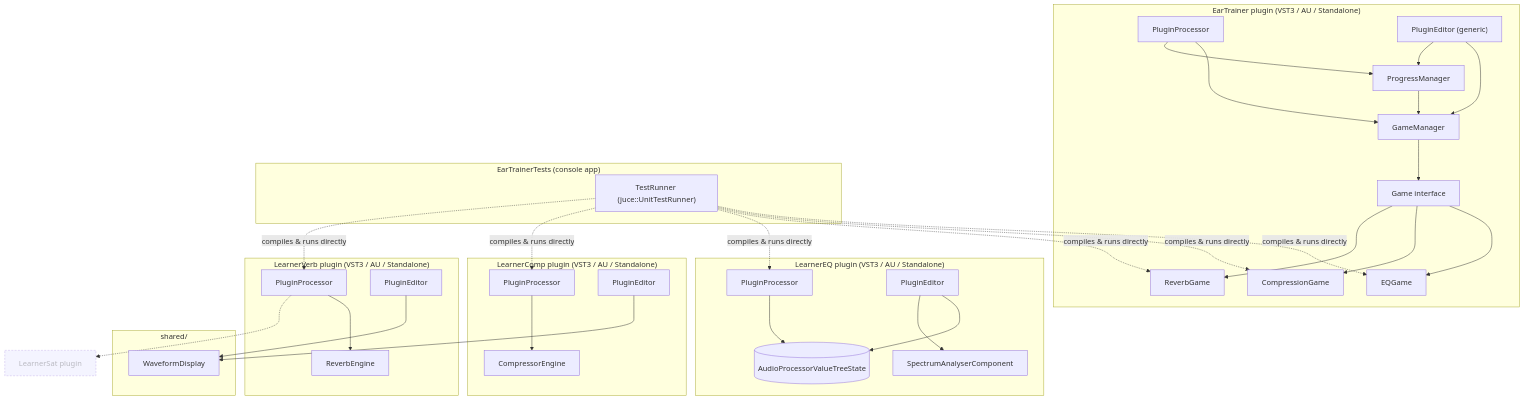
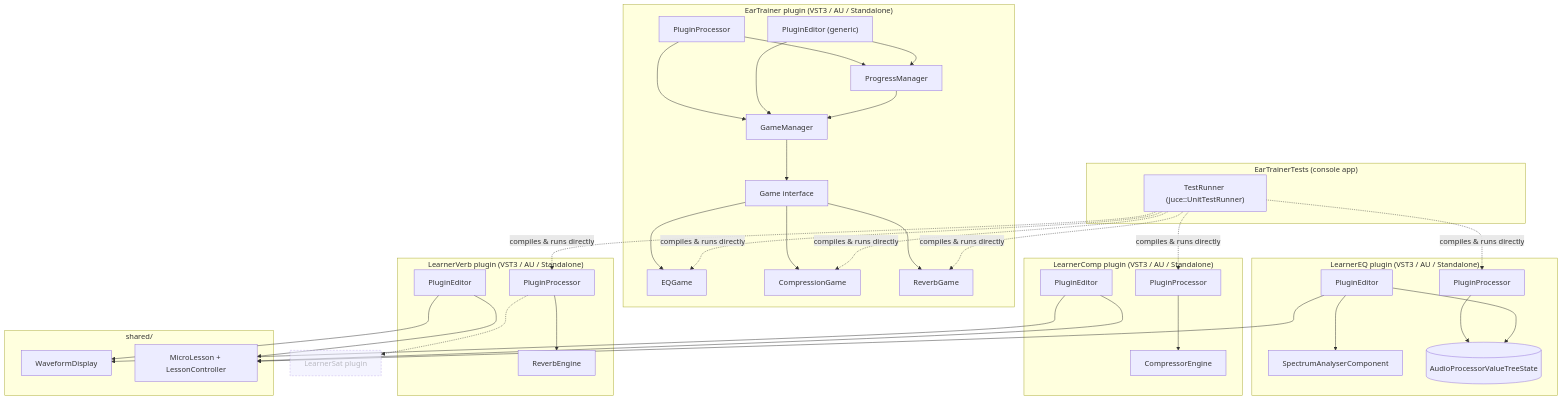
One commit to bogggare567/abcTrain changed the diagram in README.md. Above: the diagram before and after it, drawn with Mermaid. The commit also changed other lines of this file and 19 other files, not shown here.

````diff
--- a/README.md
+++ b/README.md
@@ -37,74 +39,78 @@
 ```mermaid
 flowchart TB
     subgraph EarTrainer["EarTrainer plugin (VST3 / AU / Standalone)"]
         ETProc["PluginProcessor"]
         ETEdit["PluginEditor (generic)"]
         GM["GameManager"]
         GameIface["Game interface"]
         EQGame["EQGame"]
         CompGame["CompressionGame"]
         RevGame["ReverbGame"]
         PM["ProgressManager"]
 
         ETProc --> GM
         ETProc --> PM
         ETEdit --> GM
         ETEdit --> PM
         GM --> GameIface
         GameIface --> EQGame
         GameIface --> CompGame
         GameIface --> RevGame
         PM --> GM
     end
 
     subgraph LearnerEQ["LearnerEQ plugin (VST3 / AU / Standalone)"]
         LEProc["PluginProcessor"]
         LEEdit["PluginEditor"]
         Spectrum["SpectrumAnalyserComponent"]
         APVTS[("AudioProcessorValueTreeState")]
 
         LEProc --> APVTS
         LEEdit --> APVTS
         LEEdit --> Spectrum
     end
 
     subgraph LearnerComp["LearnerComp plugin (VST3 / AU / Standalone)"]
         LCProc["PluginProcessor"]
         LCEdit["PluginEditor"]
         Engine["CompressorEngine"]
 
         LCProc --> Engine
     end
 
     subgraph LearnerVerb["LearnerVerb plugin (VST3 / AU / Standalone)"]
         LVProc["PluginProcessor"]
         LVEdit["PluginEditor"]
         RevEngine["ReverbEngine"]
 
         LVProc --> RevEngine
     end
 
     subgraph Shared["shared/"]
         Waveform["WaveformDisplay"]
+        LessonController["MicroLesson + LessonController"]
     end
 
     subgraph Tests["EarTrainerTests (console app)"]
         Runner["TestRunner (juce::UnitTestRunner)"]
     end
 
     LearnerSat["LearnerSat plugin"]
 
     LCEdit --> Waveform
     LVEdit --> Waveform
+    LEEdit --> LessonController
+    LCEdit --> LessonController
+    LVEdit --> LessonController
 
     Runner -. "compiles & runs directly" .-> EQGame
     Runner -. "compiles & runs directly" .-> CompGame
     Runner -. "compiles & runs directly" .-> RevGame
     Runner -. "compiles & runs directly" .-> LEProc
     Runner -. "compiles & runs directly" .-> LCProc
     Runner -. "compiles & runs directly" .-> LVProc
     LVProc -.-> LearnerSat
 
     classDef planned stroke-dasharray:4 3,opacity:0.55;
     class LearnerSat planned;
 ```
````
